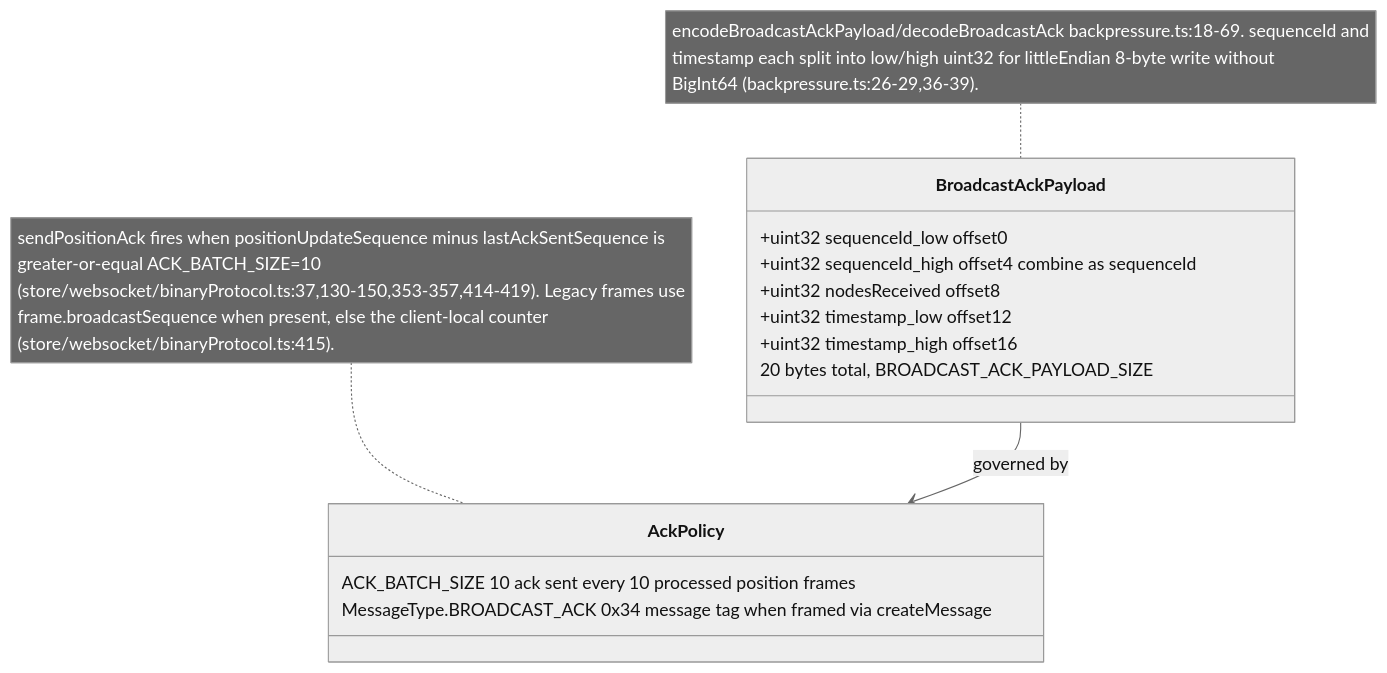
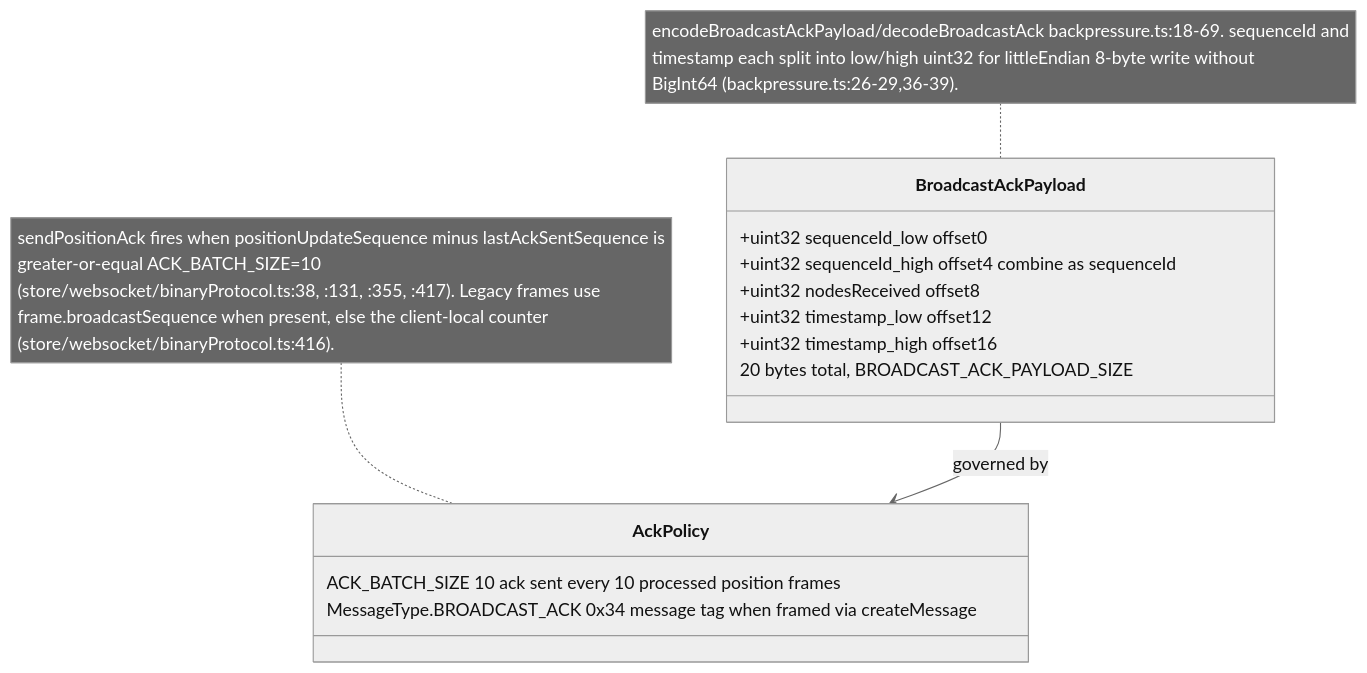
Diagram 12 of 16 in docs/diagrams/visionclaw/32-client-websocket-and-binary.md (DreamLab-AI/VisionFlow), drawn with Mermaid (neutral theme) before and after one commit. The commit also changed other lines of this file and 32 other files, not shown here.

````diff
--- a/docs/diagrams/visionclaw/32-client-websocket-and-binary.md
+++ b/docs/diagrams/visionclaw/32-client-websocket-and-binary.md
@@ -426,18 +431,18 @@
 ```mermaid
 classDiagram
     class BroadcastAckPayload {
       +uint32 sequenceId_low  offset0
       +uint32 sequenceId_high  offset4  combine as sequenceId
       +uint32 nodesReceived  offset8
       +uint32 timestamp_low  offset12
       +uint32 timestamp_high  offset16
       20 bytes total, BROADCAST_ACK_PAYLOAD_SIZE
     }
     class AckPolicy {
       ACK_BATCH_SIZE 10  ack sent every 10 processed position frames
       MessageType.BROADCAST_ACK 0x34  message tag when framed via createMessage
     }
     BroadcastAckPayload --> AckPolicy : governed by
     note for BroadcastAckPayload "encodeBroadcastAckPayload/decodeBroadcastAck backpressure.ts:18-69. sequenceId and<br/>timestamp each split into low/high uint32 for littleEndian 8-byte write without<br/>BigInt64 (backpressure.ts:26-29,36-39)."
-    note for AckPolicy "sendPositionAck fires when positionUpdateSequence minus lastAckSentSequence is<br/>greater-or-equal ACK_BATCH_SIZE=10<br/>(store/websocket/binaryProtocol.ts:37,130-150,353-357,414-419). Legacy frames use<br/>frame.broadcastSequence when present, else the client-local counter<br/>(store/websocket/binaryProtocol.ts:415)."
+    note for AckPolicy "sendPositionAck fires when positionUpdateSequence minus lastAckSentSequence is<br/>greater-or-equal ACK_BATCH_SIZE=10<br/>(store/websocket/binaryProtocol.ts:38, :131, :355, :417). Legacy frames use<br/>frame.broadcastSequence when present, else the client-local counter<br/>(store/websocket/binaryProtocol.ts:416)."
 ```
````
